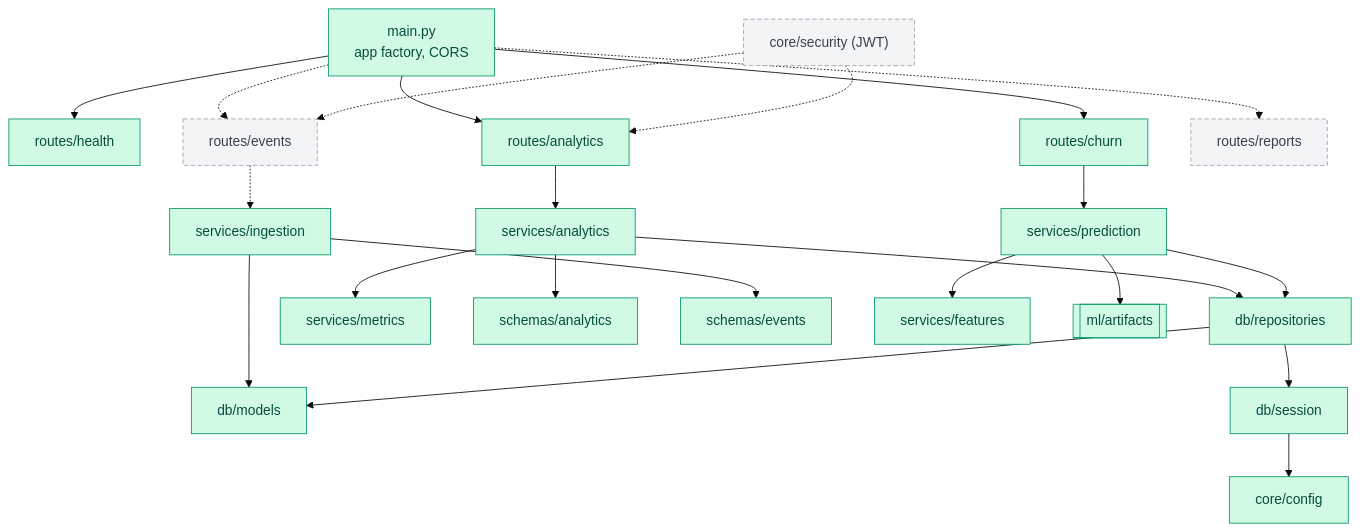
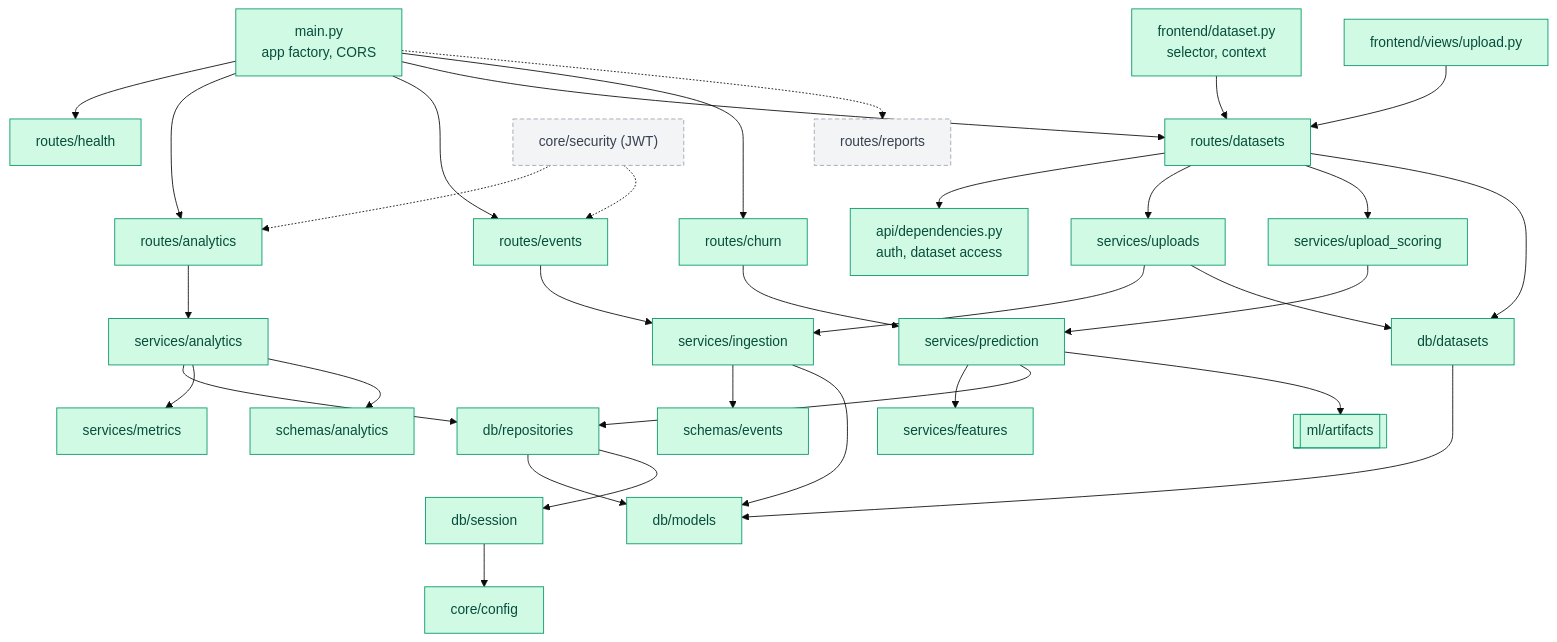
One commit to yashdiwan12/Churnscope changed the first of 7 diagrams in docs/03-system-design.md. Above: the diagram before and after it, drawn with Mermaid (base theme). The commit also changed other lines of this file and 7 other files, not shown here.

Commit message:
fix: selection survives a failed dataset list, no-signup message, exact preview history; doc 03/05 diagrams

````diff
--- a/docs/03-system-design.md
+++ b/docs/03-system-design.md
@@ -20,29 +20,41 @@
 ```mermaid
 flowchart TD
     main["main.py<br/>app factory, CORS"] --> health["routes/health"]
     main --> ar["routes/analytics"]
-    main -.-> er["routes/events"]
+    main --> er["routes/events"]
+    main --> dr["routes/datasets"]
     main --> cr["routes/churn"]
     main -.-> rr["routes/reports"]
     ar --> asv["services/analytics"]
     asv --> repo["db/repositories"]
     asv --> met["services/metrics"]
     asv --> sch["schemas/analytics"]
-    er -.-> ing["services/ingestion"]
+    er --> ing["services/ingestion"]
+    dr --> dep["api/dependencies.py<br/>auth, dataset access"]
+    dr --> upl["services/uploads"]
+    dr --> ups["services/upload_scoring"]
+    dr --> dds["db/datasets"]
+    upl --> ing
+    ups --> pred
+    upl --> dds
+    dds --> mod
+    fe["frontend/dataset.py<br/>selector, context"] --> dr
+    fup["frontend/views/upload.py"] --> dr
     ing --> evs["schemas/events"]
     ing --> mod["db/models"]
     repo --> mod
     repo --> ses["db/session"]
     ses --> cfg["core/config"]
     cr --> pred["services/prediction"]
     pred --> feat["services/features"]
     pred --> repo
     pred --> art[["ml/artifacts"]]
     sec["core/security (JWT)"] -.-> ar
     sec -.-> er
 
     class main,health,ar,asv,repo,met,sch,ing,evs,mod,ses,cfg,cr,pred,feat,art built
-    class er,rr,sec planned
+    class er,dr,dep,upl,ups,dds,fe,fup built
+    class rr,sec planned
     classDef built fill:#d1fae5,stroke:#059669,color:#064e3b
     classDef planned fill:#f3f4f6,stroke:#9ca3af,stroke-dasharray: 5 3,color:#374151
 ```
````
